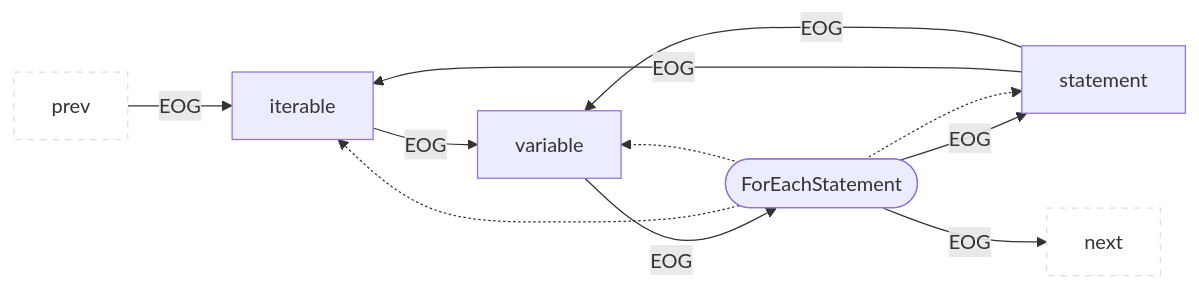
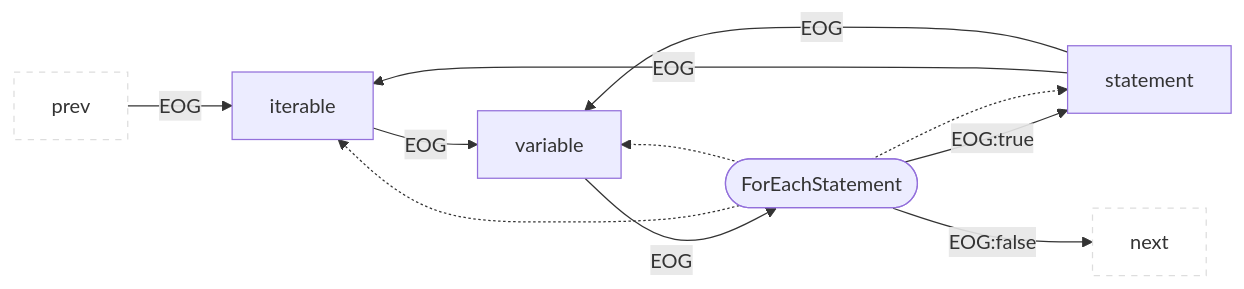
One commit to Fraunhofer-AISEC/cpg changed diagram 33 of 36 in cpg-core/specifications/eog.md. Above: the diagram before and after it, drawn with Mermaid. The commit also changed other lines of this file, not shown here.

````diff
--- a/cpg-core/specifications/eog.md
+++ b/cpg-core/specifications/eog.md
@@ -442,15 +442,15 @@
 ```mermaid
 flowchart LR
   classDef outer fill:#fff,stroke:#ddd,stroke-dasharray:5 5;
   prev:::outer --EOG--> child1["iterable"]
   child1 --EOG--> child2["variable"]
   child2 --EOG--> parent
-  parent(["ForEachStatement"]) --EOG--> child3["statement"]
-  parent --EOG--> next:::outer
+  parent(["ForEachStatement"]) --EOG:true--> child3["statement"]
+  parent --EOG:false--> next:::outer
   child3 --EOG--> child1
   child3 --EOG--> child2
   parent -.-> child1
   parent -.-> child2
   parent -.-> child3
 
 ```
````
